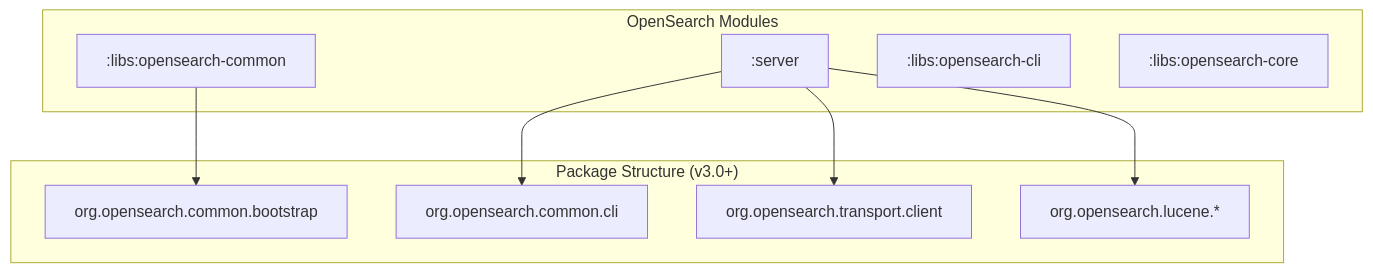
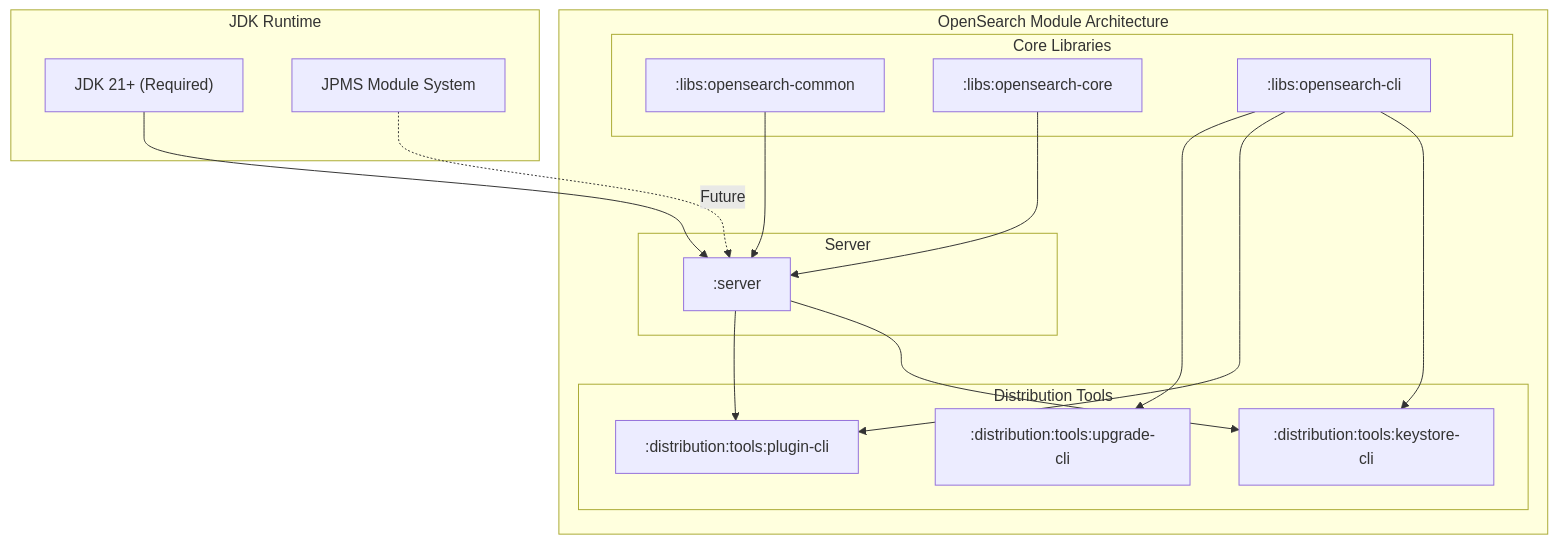
One commit to tkykenmt/opensearch-feature-explorer changed the diagram in docs/features/opensearch/java-runtime-and-jpms.md. Above: the diagram before and after it, drawn with Mermaid. The commit also changed other lines of this file and 1 other file, not shown here.

Commit message:
docs: add Java Runtime & JPMS report for v3.0.0 (#294)

````diff
--- a/docs/features/opensearch/java-runtime-and-jpms.md
+++ b/docs/features/opensearch/java-runtime-and-jpms.md
@@ -11,21 +11,36 @@
 ```mermaid
 graph TB
-    subgraph "OpenSearch Modules"
-        Server[":server"]
-        LibsCommon[":libs:opensearch-common"]
-        LibsCli[":libs:opensearch-cli"]
-        LibsCore[":libs:opensearch-core"]
+    subgraph "OpenSearch Module Architecture"
+        subgraph "Core Libraries"
+            LC[":libs:opensearch-common"]
+            LCR[":libs:opensearch-core"]
+            LCLI[":libs:opensearch-cli"]
+        end
+        
+        subgraph "Server"
+            SRV[":server"]
+        end
+        
+        subgraph "Distribution Tools"
+            KS[":distribution:tools:keystore-cli"]
+            PL[":distribution:tools:plugin-cli"]
+            UP[":distribution:tools:upgrade-cli"]
+        end
+        
+        LC --> SRV
+        LCR --> SRV
+        LCLI --> KS
+        LCLI --> PL
+        LCLI --> UP
+        SRV --> KS
+        SRV --> PL
     end
     
-    subgraph "Package Structure (v3.0+)"
-        Bootstrap["org.opensearch.common.bootstrap"]
-        Cli["org.opensearch.common.cli"]
-        Client["org.opensearch.transport.client"]
-        Lucene["org.opensearch.lucene.*"]
+    subgraph "JDK Runtime"
+        JDK21["JDK 21+ (Required)"]
+        JPMS["JPMS Module System"]
     end
     
-    LibsCommon --> Bootstrap
-    Server --> Cli
-    Server --> Client
-    Server --> Lucene
+    JDK21 --> SRV
+    JPMS -.->|"Future"| SRV
 ```
````
